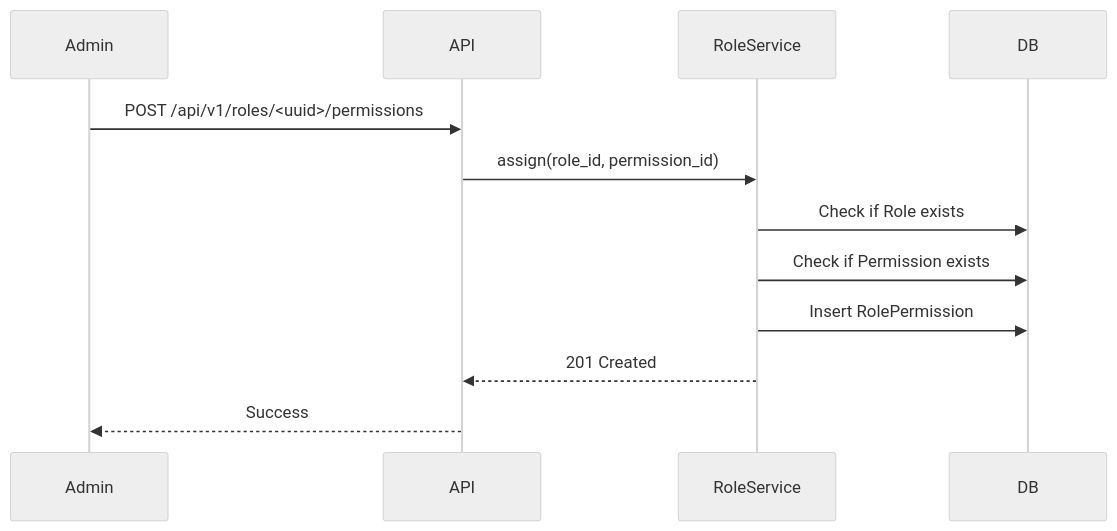
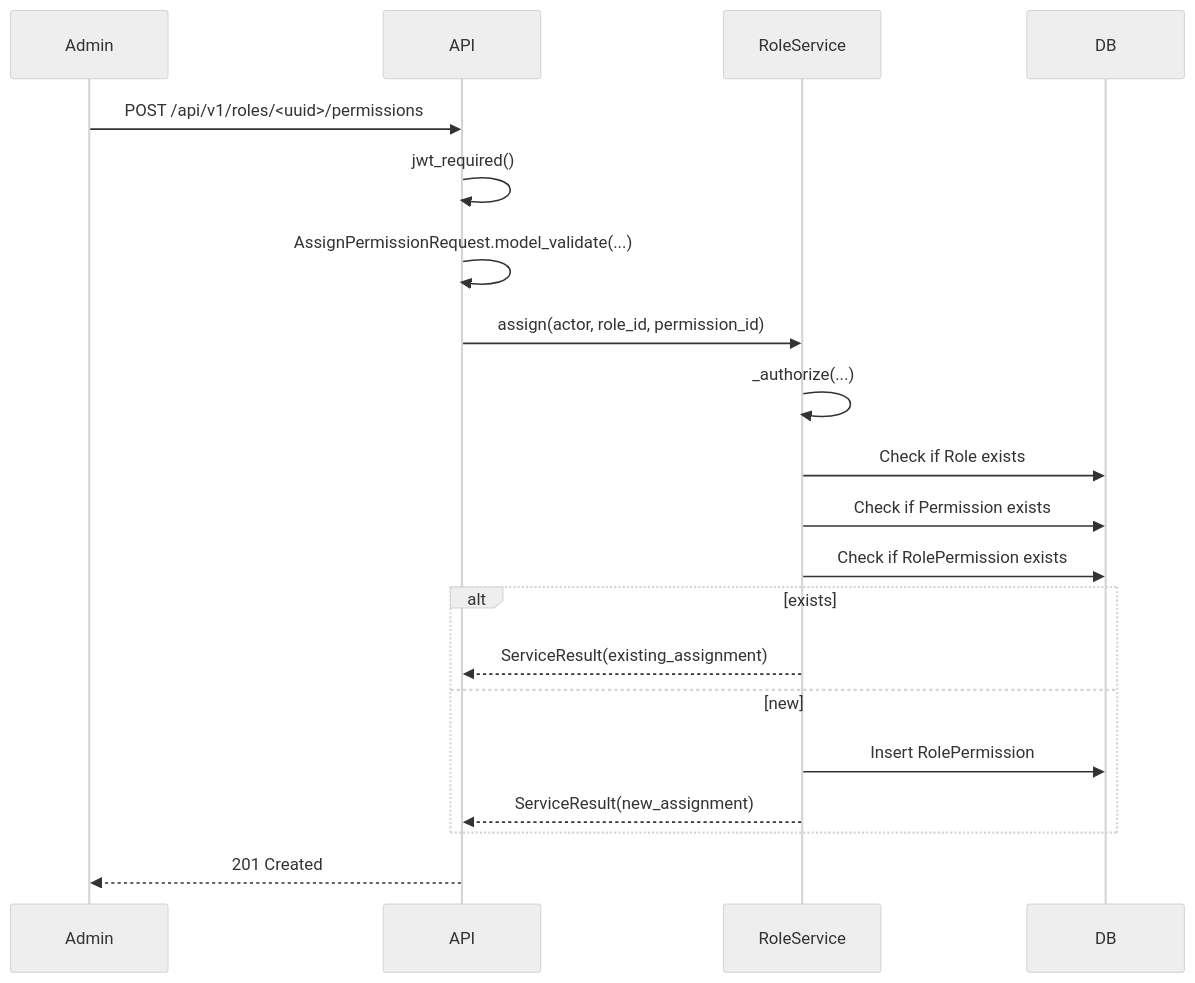
One commit to mamadoudevweb/store-up changed the third of 3 diagrams in docs/domains/rbac.md. Above: the diagram before and after it, drawn with Mermaid (neutral theme). The commit also changed other lines of this file and 5 other files, not shown here.

````diff
--- a/docs/domains/rbac.md
+++ b/docs/domains/rbac.md
@@ -71,15 +67,23 @@
 ```mermaid
 sequenceDiagram
     participant Admin
     participant API
     participant RoleService
     participant DB
     
     Admin->>API: POST /api/v1/roles/<uuid>/permissions
-    API->>RoleService: assign(role_id, permission_id)
+    API->>API: jwt_required()
+    API->>API: AssignPermissionRequest.model_validate(...)
+    API->>RoleService: assign(actor, role_id, permission_id)
+    RoleService->>RoleService: _authorize(...)
     RoleService->>DB: Check if Role exists
     RoleService->>DB: Check if Permission exists
-    RoleService->>DB: Insert RolePermission
-    RoleService-->>API: 201 Created
-    API-->>Admin: Success
+    RoleService->>DB: Check if RolePermission exists
+    alt exists
+        RoleService-->>API: ServiceResult(existing_assignment)
+    else new
+        RoleService->>DB: Insert RolePermission
+        RoleService-->>API: ServiceResult(new_assignment)
+    end
+    API-->>Admin: 201 Created
 ```
````
